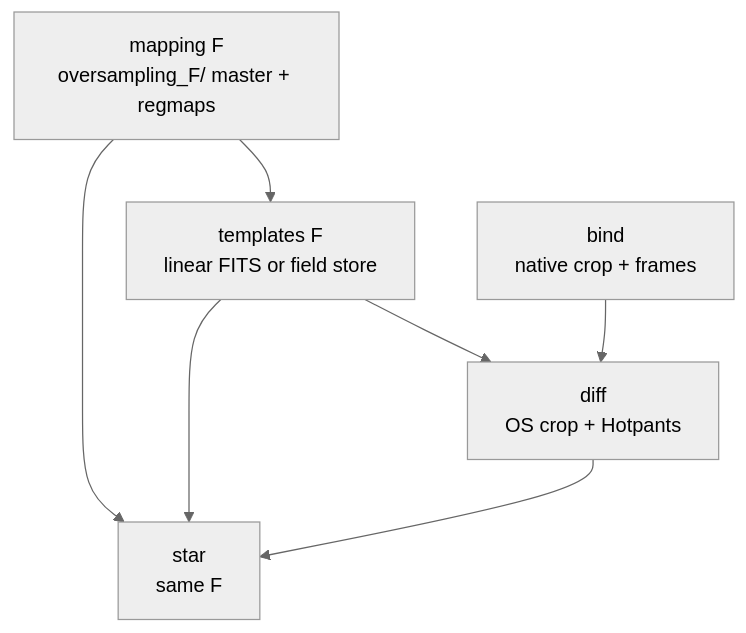
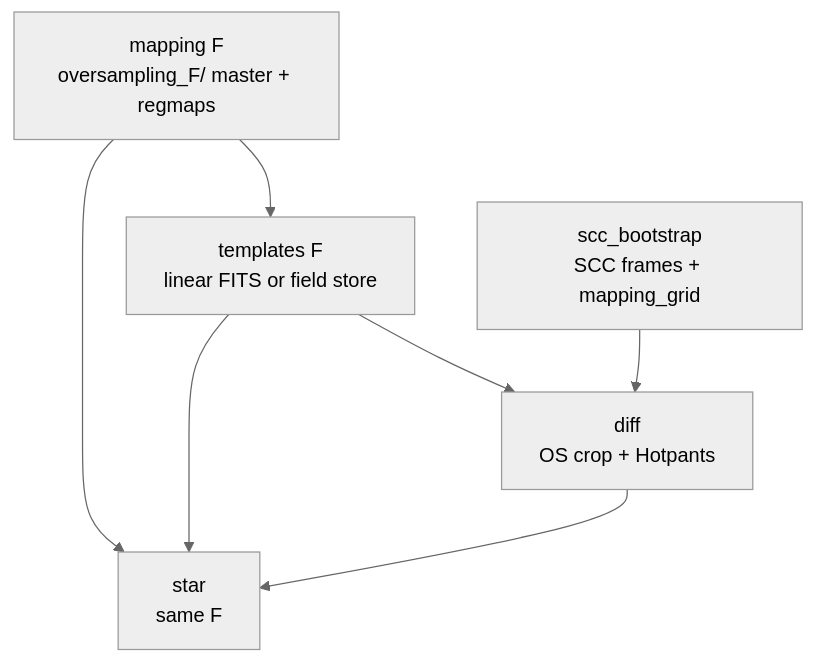
Before and after one commit to zoutei/TSST_syndiff_pipeline: the second of 2 diagrams in docs/markdown/oversampled_templates.md, drawn with Mermaid (neutral theme). The commit also changed 16 other files, not shown here.

First line of the commit message:
Document padded SCC v2 field-mode diff and storage layout.

````diff
--- a/docs/markdown/oversampled_templates.md
+++ b/docs/markdown/oversampled_templates.md
@@ -93,15 +93,15 @@
 ```mermaid
 flowchart TD
   map["mapping F<br/>oversampling_F/ master + regmaps"]
   tmpl["templates F<br/>linear FITS or field store"]
-  bind["bind<br/>native crop + frames"]
+  bootstrap["scc_bootstrap<br/>SCC frames + mapping_grid"]
   diff["diff<br/>OS crop + Hotpants"]
   star["star<br/>same F"]
 
   map --> tmpl
   map --> star
   tmpl --> diff
   tmpl --> star
-  bind --> diff
+  bootstrap --> diff
   diff --> star
 ```
````
